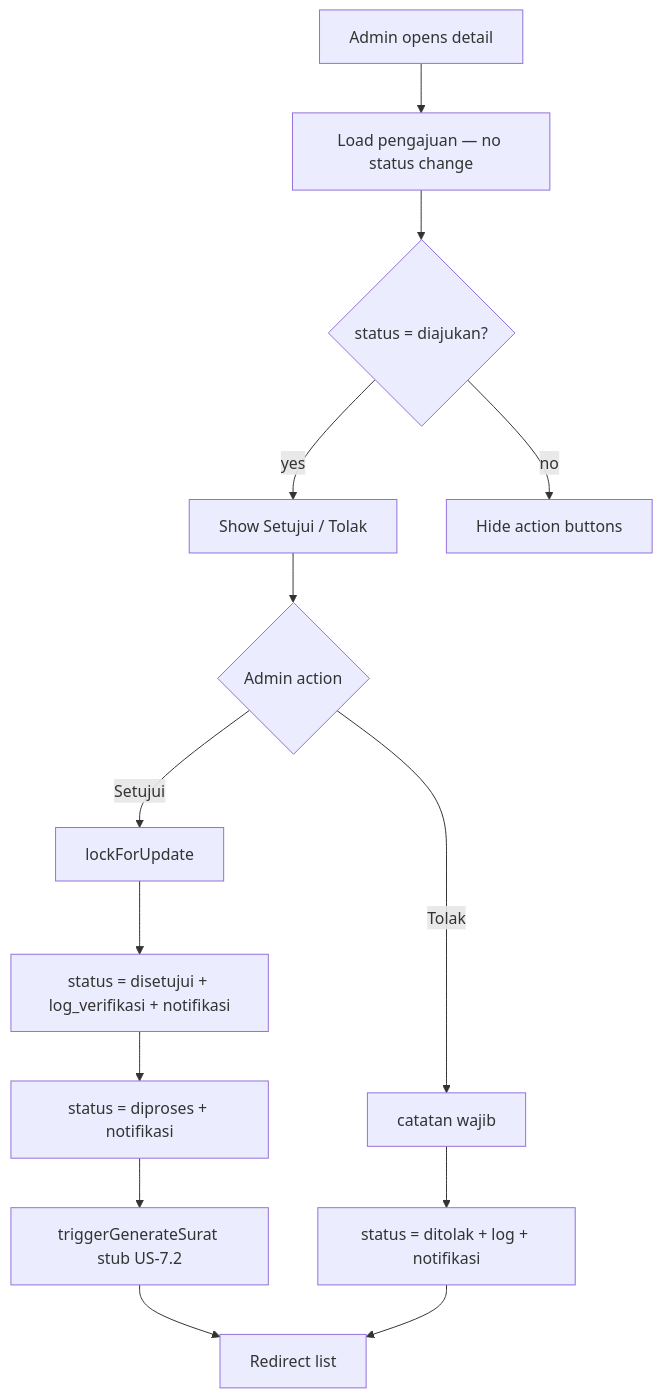
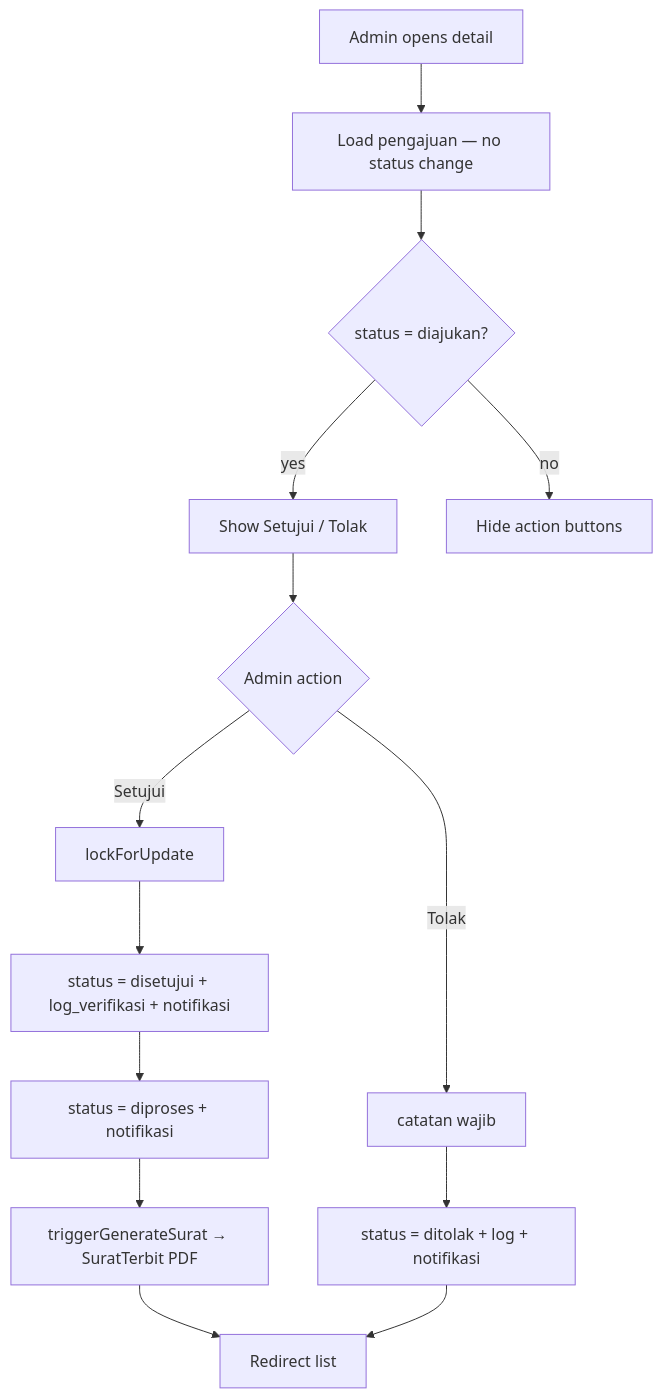
One commit to ZulfikarHD/sistem-desa changed the first of 3 diagrams in docs/dev-docs/features/migrasi-alur-status.md. Above: the diagram before and after it, drawn with Mermaid. The commit also changed other lines of this file and 34 other files, not shown here.

First line of the commit message:
feat(surat): generate PDF surat keterangan saat pengajuan masuk diproses

````diff
--- a/docs/dev-docs/features/migrasi-alur-status.md
+++ b/docs/dev-docs/features/migrasi-alur-status.md
@@ -9,16 +9,16 @@
 ```mermaid
 flowchart TD
     A[Admin opens detail] --> B[Load pengajuan — no status change]
     B --> C{status = diajukan?}
     C -->|yes| D[Show Setujui / Tolak]
     C -->|no| E[Hide action buttons]
     D --> F{Admin action}
     F -->|Setujui| G[lockForUpdate]
     G --> H[status = disetujui + log_verifikasi + notifikasi]
     H --> I[status = diproses + notifikasi]
-    I --> J[triggerGenerateSurat stub US-7.2]
+    I --> J[triggerGenerateSurat → SuratTerbit PDF]
     J --> K[Redirect list]
     F -->|Tolak| L[catatan wajib]
     L --> M[status = ditolak + log + notifikasi]
     M --> K
 ```
````
